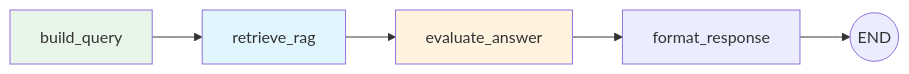
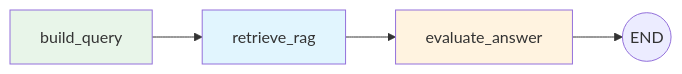
Before and after one commit to freger-ucu/ai-tutor: the fifth of 7 diagrams in backend/docs/architecture.md, drawn with Mermaid. The commit also changed other lines of this file and 2 other files, not shown here.

````diff
--- a/backend/docs/architecture.md
+++ b/backend/docs/architecture.md
@@ -285,11 +291,10 @@
 ```mermaid
 graph LR
     A[build_query] --> B[retrieve_rag]
     B --> C[evaluate_answer]
-    C --> D[format_response]
-    D --> E((END))
+    C --> D((END))
 
     style A fill:#e8f5e9
     style B fill:#e1f5fe
     style C fill:#fff3e0
 ```
````
